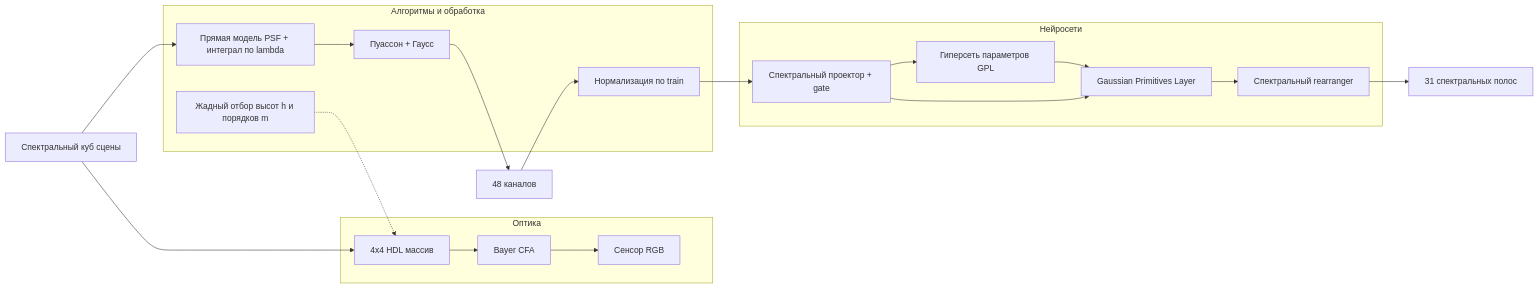
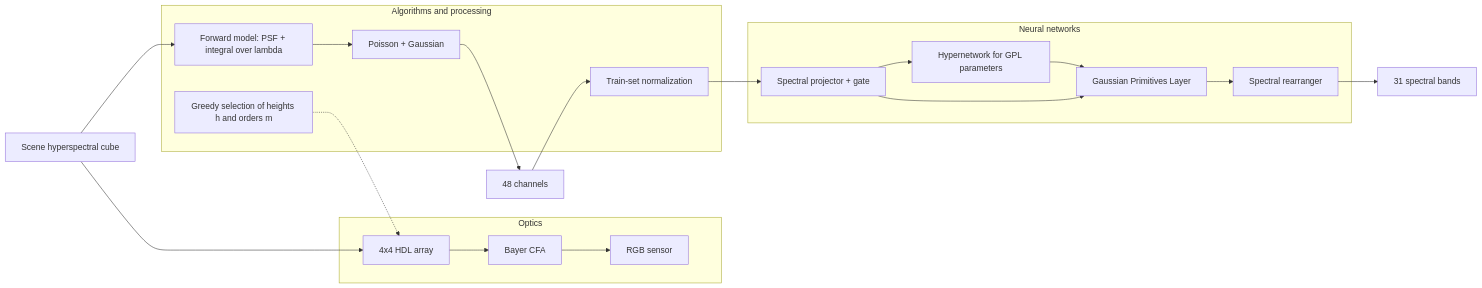
Before and after one commit to Liptee/Diffract-and-conquer-hsi: the diagram in docs/ARCHITECTURE.md, drawn with Mermaid. The commit also changed other lines of this file and 1 other file, not shown here.

````diff
--- a/docs/ARCHITECTURE.md
+++ b/docs/ARCHITECTURE.md
@@ -7,28 +7,28 @@
 ```mermaid
 flowchart LR
-  subgraph optics [Оптика]
-    HDL[4x4 HDL массив]
+  subgraph optics [Optics]
+    HDL[4x4 HDL array]
     Bayer[Bayer CFA]
-    Sensor[Сенсор RGB]
+    Sensor[RGB sensor]
   end
-  subgraph alg [Алгоритмы и обработка]
-    Cover[Жадный отбор высот h и порядков m]
-    Sim[Прямая модель PSF + интеграл по lambda]
-    Noise[Пуассон + Гаусс]
-    Norm[Нормализация по train]
+  subgraph alg [Algorithms and processing]
+    Cover[Greedy selection of heights h and orders m]
+    Sim[Forward model: PSF + integral over lambda]
+    Noise[Poisson + Gaussian]
+    Norm[Train-set normalization]
   end
-  subgraph nn [Нейросети]
-    Proj[Спектральный проектор + gate]
+  subgraph nn [Neural networks]
+    Proj[Spectral projector + gate]
     GPL[Gaussian Primitives Layer]
-    Gen[Гиперсеть параметров GPL]
-    Rearr[Спектральный rearranger]
+    Gen[Hypernetwork for GPL parameters]
+    Rearr[Spectral rearranger]
   end
-  Scene[Спектральный куб сцены] --> HDL
+  Scene[Scene hyperspectral cube] --> HDL
   HDL --> Bayer --> Sensor
   Cover -.-> HDL
-  Scene --> Sim --> Noise --> Raw[48 каналов]
+  Scene --> Sim --> Noise --> Raw[48 channels]
   Raw --> Norm --> Proj --> Gen
   Gen --> GPL
   Proj --> GPL
-  GPL --> Rearr --> HSI[31 спектральных полос]
+  GPL --> Rearr --> HSI[31 spectral bands]
 ```
````
